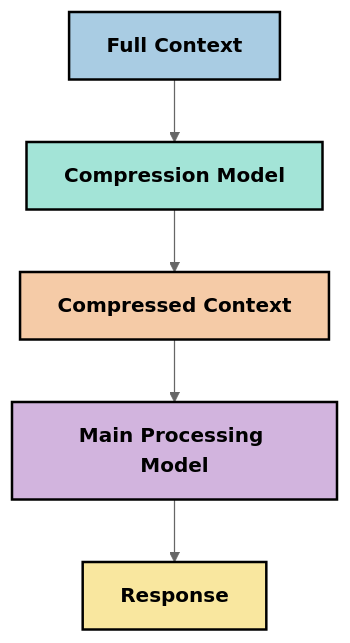
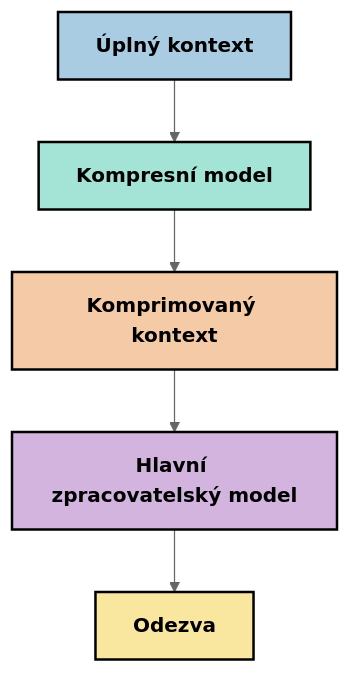
One commit to HIDORAKAI002/ai-workspace-archive changed the fifth of 6 diagrams in mcp_ecosystem__model_context_protocol/mcp_learning_resources/mcp-for-beginners/translations/cs/05-AdvancedTopics/mcp-contextengineering/README.md. Above: the diagram before and after it, drawn with Mermaid (neutral theme). The commit also changed other lines of this file and 1046 other files, not shown here.

````diff
--- a/mcp_ecosystem__model_context_protocol/mcp_learning_resources/mcp-for-beginners/translations/cs/05-AdvancedTopics/mcp-contextengineering/README.md
+++ b/mcp_ecosystem__model_context_protocol/mcp_learning_resources/mcp-for-beginners/translations/cs/05-AdvancedTopics/mcp-contextengineering/README.md
@@ -237,13 +239,13 @@
 ```mermaid
 graph TD
-    A[Full Context] --> B[Compression Model]
-    B --> C[Compressed Context]
-    C --> D[Main Processing Model]
-    D --> E[Response]
+    A[Úplný kontext] --> B[Kompresní model]
+    B --> C[Komprimovaný kontext]
+    C --> D[Hlavní zpracovatelský model]
+    D --> E[Odezva]
     
     style A fill:#A9CCE3,stroke:#000000,stroke-width:2px,color:#000000,font-weight:bold
     style B fill:#A3E4D7,stroke:#000000,stroke-width:2px,color:#000000,font-weight:bold
     style C fill:#F5CBA7,stroke:#000000,stroke-width:2px,color:#000000,font-weight:bold
     style D fill:#D2B4DE,stroke:#000000,stroke-width:2px,color:#000000,font-weight:bold
     style E fill:#F9E79F,stroke:#000000,stroke-width:2px,color:#000000,font-weight:bold
 ```
````
